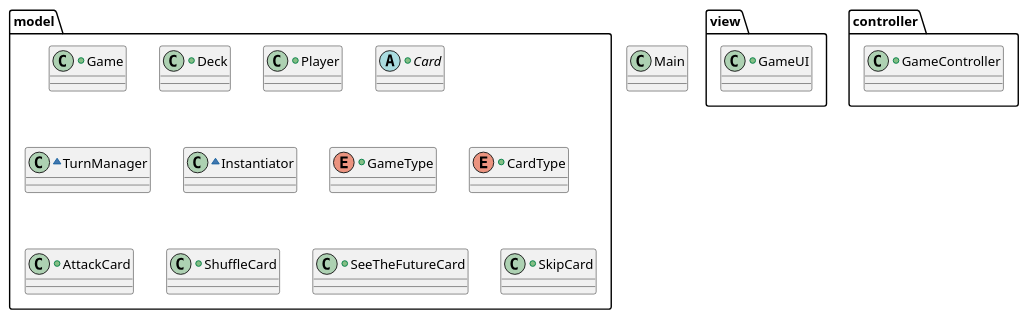
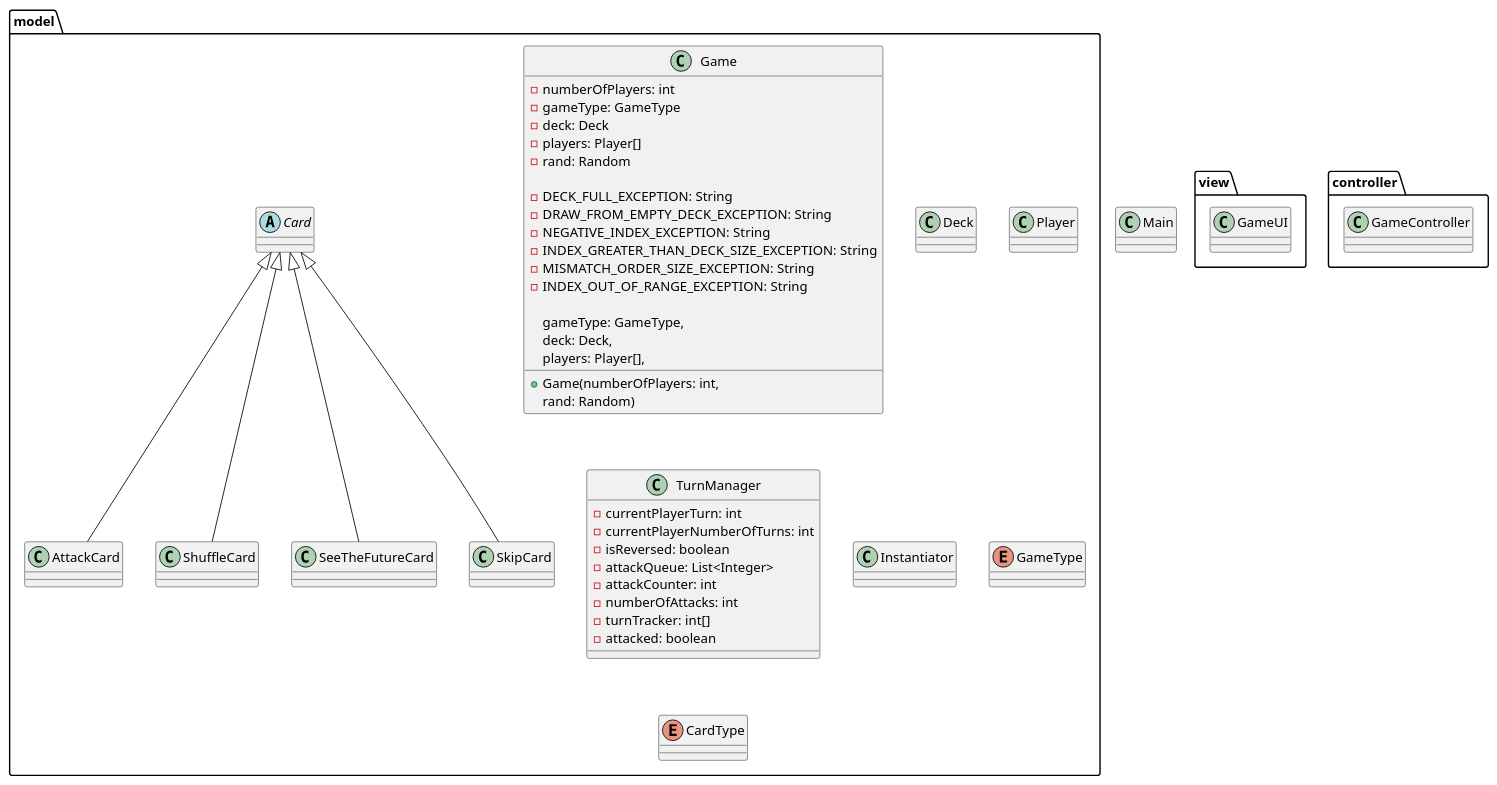
The diagram in docs/design/new.puml (nu-cs-sw-design/project-20252601-solid), drawn with PlantUML before and after one commit.

Commit message:
Analyze Game class responsibilities for refactor

```diff
--- a/docs/design/new.puml
+++ b/docs/design/new.puml
@@ -1,51 +1,78 @@
 @startuml
 package model {
-    +class Game {
-    }
-    +class Deck {
-    }
-    +class Player {
-    }
-    +abstract class Card {
-    }
-    ~class TurnManager{
-    }
-    ~class Instantiator{
-    }
-    +enum GameType{
-    }
-    +enum CardType{
+
+    class Game {
+        - numberOfPlayers: int
+        - gameType: GameType
+        - deck: Deck
+        - players: Player[]
+        - rand: Random
+
+        - DECK_FULL_EXCEPTION: String
+        - DRAW_FROM_EMPTY_DECK_EXCEPTION: String
+        - NEGATIVE_INDEX_EXCEPTION: String
+        - INDEX_GREATER_THAN_DECK_SIZE_EXCEPTION: String
+        - MISMATCH_ORDER_SIZE_EXCEPTION: String
+        - INDEX_OUT_OF_RANGE_EXCEPTION: String
+
+        + Game(numberOfPlayers: int,
+               gameType: GameType,
+               deck: Deck,
+               players: Player[],
+               rand: Random)
     }
 
-    'Cards to implement'
-
-    +class AttackCard {
-    }
-    +class ShuffleCard {
-    }
-    +class SeeTheFutureCard {
-    }
-    +class SkipCard {
+    class Deck {
     }
 
+    class Player {
+    }
 
+    abstract class Card {
+    }
+
+    class TurnManager {
+        - currentPlayerTurn: int
+        - currentPlayerNumberOfTurns: int
+        - isReversed: boolean
+        - attackQueue: List<Integer>
+        - attackCounter: int
+        - numberOfAttacks: int
+        - turnTracker: int[]
+        - attacked: boolean
+    }
+
+    class Instantiator {
+    }
+
+    enum GameType {
+    }
+
+    enum CardType {
+    }
+
+    ' Cards to implement
+    class AttackCard extends Card {
+    }
+    class ShuffleCard extends Card {
+    }
+    class SeeTheFutureCard extends Card {
+    }
+    class SkipCard extends Card {
+    }
 }
 
 package view {
-    +class GameUI {
+    class GameUI {
     }
 }
 
 package controller {
-    +class GameController {
+    class GameController {
     }
-
 }
 
 class Main {
 }
 
-
-
-
 @enduml
```
